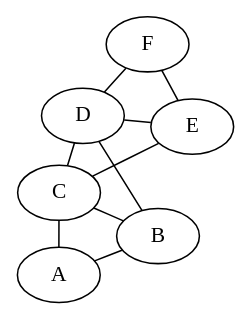
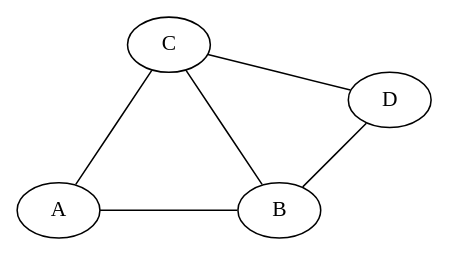
Before and after one commit to skojaku/adv-net-sci: the diagram in docs/lecture-note/m02-small-world/01-concepts.qmd, drawn with Graphviz. The commit also changed other lines of this file, not shown here.

First line of the commit message:
Rewrite average path length explanation with step-by-step pedagogical approach

````diff
--- a/docs/lecture-note/m02-small-world/01-concepts.qmd
+++ b/docs/lecture-note/m02-small-world/01-concepts.qmd
@@ -104,15 +108,16 @@
 ```{dot}
-//| fig-cap: "Example network for calculating average path length"
+//| fig-cap: "Simple network example for understanding shortest paths"
 graph G {
-  layout=fdp
+  layout=neato
+  A [pos="0,0!"]
+  B [pos="2,0!"]
+  C [pos="1,1.5!"]
+  D [pos="3,1!"]
+  
   A -- B;
   A -- C;
   B -- C;
   B -- D;
   C -- D;
-  C -- E;
-  D -- E;
-  D -- F;
-  E -- F;
 }
 ```
````
